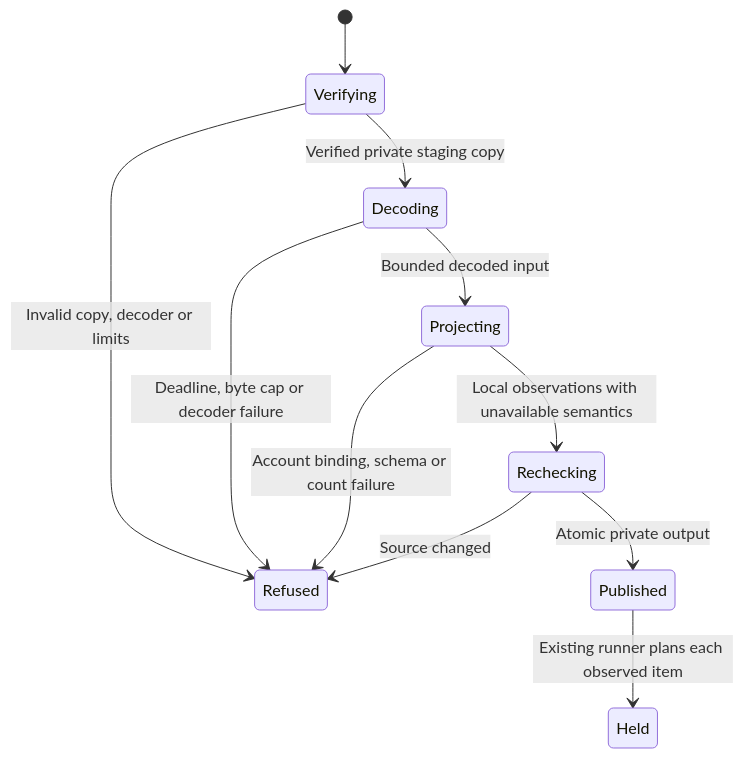
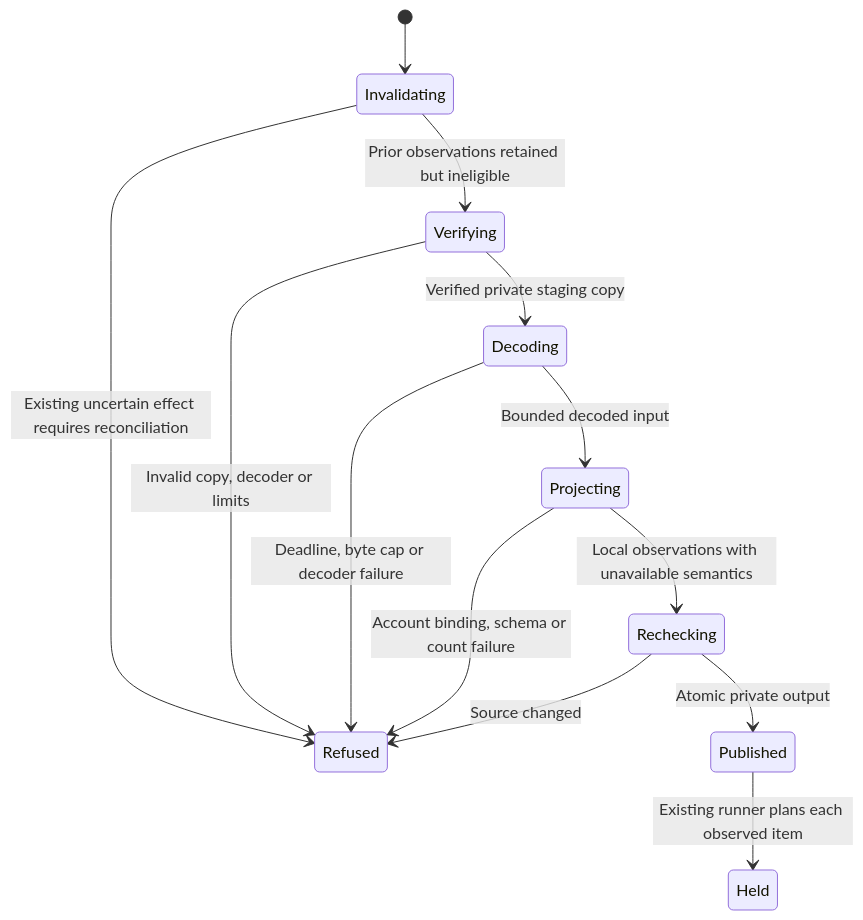
One commit to DoctorCRE/carr-system changed the diagram in docs/outlook-triage-producer.md. Above: the diagram before and after it, drawn with Mermaid. The commit also changed other lines of this file and 7 other files, not shown here.

````diff
--- a/docs/outlook-triage-producer.md
+++ b/docs/outlook-triage-producer.md
@@ -37,13 +41,15 @@
 ```mermaid
 stateDiagram-v2
-    [*] --> Verifying
+    [*] --> Invalidating
+    Invalidating --> Refused: Existing uncertain effect requires reconciliation
+    Invalidating --> Verifying: Prior observations retained but ineligible
     Verifying --> Refused: Invalid copy, decoder or limits
     Verifying --> Decoding: Verified private staging copy
     Decoding --> Refused: Deadline, byte cap or decoder failure
     Decoding --> Projecting: Bounded decoded input
     Projecting --> Refused: Account binding, schema or count failure
     Projecting --> Rechecking: Local observations with unavailable semantics
     Rechecking --> Refused: Source changed
     Rechecking --> Published: Atomic private output
     Published --> Held: Existing runner plans each observed item
 ```
````
